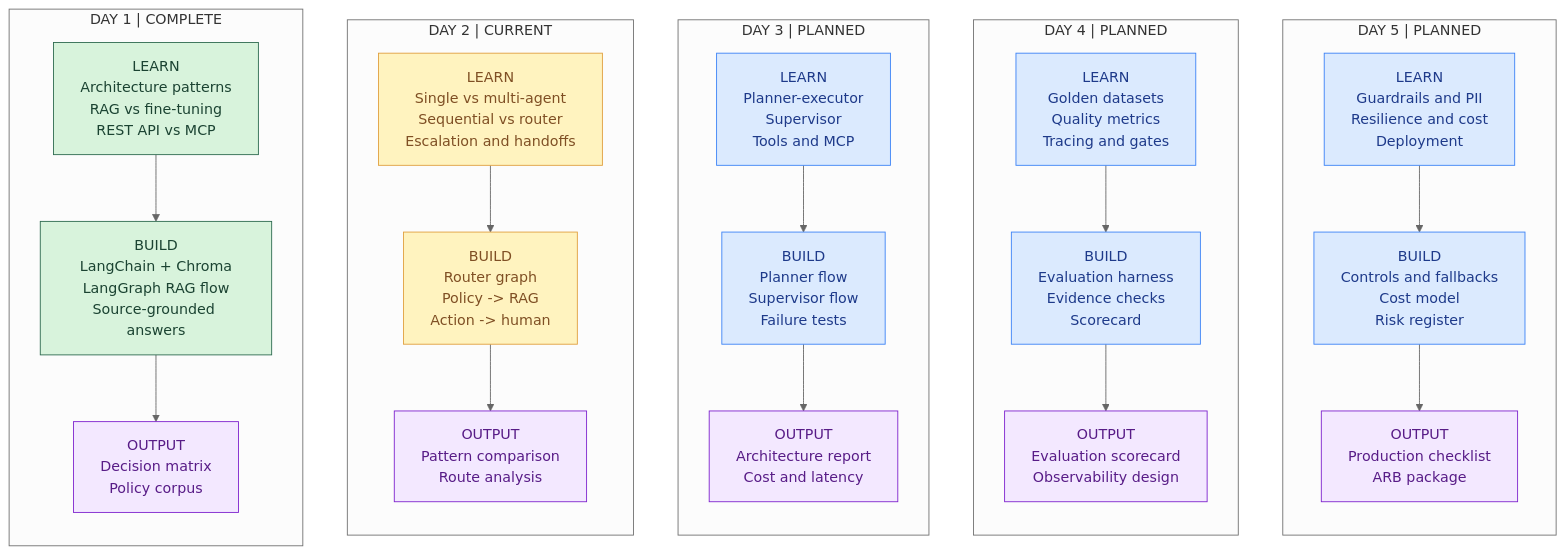
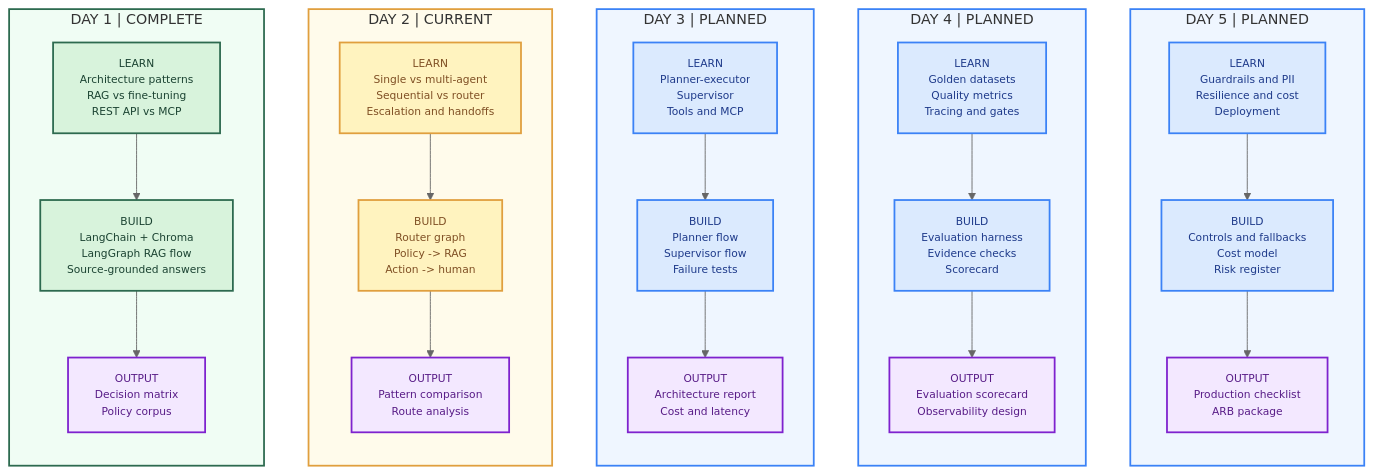
Before and after one commit to rakeshmatha/advanced-agentic-ai: the diagram in README.md, drawn with Mermaid (neutral theme). The commit also changed other lines of this file, not shown here.

Commit message:
Enhance learning matrix visual quality

````diff
--- a/README.md
+++ b/README.md
@@ -39,34 +39,39 @@
 ```mermaid
 flowchart LR
     subgraph DAY1["DAY 1 | COMPLETE"]
         direction TB
         D1T["LEARN\nArchitecture patterns\nRAG vs fine-tuning\nREST API vs MCP"] --> D1B["BUILD\nLangChain + Chroma\nLangGraph RAG flow\nSource-grounded answers"] --> D1O["OUTPUT\nDecision matrix\nPolicy corpus"]
     end
     subgraph DAY2["DAY 2 | CURRENT"]
         direction TB
         D2T["LEARN\nSingle vs multi-agent\nSequential vs router\nEscalation and handoffs"] --> D2B["BUILD\nRouter graph\nPolicy -> RAG\nAction -> human"] --> D2O["OUTPUT\nPattern comparison\nRoute analysis"]
     end
     subgraph DAY3["DAY 3 | PLANNED"]
         direction TB
         D3T["LEARN\nPlanner-executor\nSupervisor\nTools and MCP"] --> D3B["BUILD\nPlanner flow\nSupervisor flow\nFailure tests"] --> D3O["OUTPUT\nArchitecture report\nCost and latency"]
     end
     subgraph DAY4["DAY 4 | PLANNED"]
         direction TB
         D4T["LEARN\nGolden datasets\nQuality metrics\nTracing and gates"] --> D4B["BUILD\nEvaluation harness\nEvidence checks\nScorecard"] --> D4O["OUTPUT\nEvaluation scorecard\nObservability design"]
     end
     subgraph DAY5["DAY 5 | PLANNED"]
         direction TB
         D5T["LEARN\nGuardrails and PII\nResilience and cost\nDeployment"] --> D5B["BUILD\nControls and fallbacks\nCost model\nRisk register"] --> D5O["OUTPUT\nProduction checklist\nARB package"]
     end
 
     DAY1 ~~~ DAY2 ~~~ DAY3 ~~~ DAY4 ~~~ DAY5
 
-    classDef complete fill:#d8f3dc,stroke:#2d6a4f,color:#1b4332
-    classDef current fill:#fff3bf,stroke:#e09f3e,color:#7f4f24
-    classDef planned fill:#dbeafe,stroke:#3b82f6,color:#1e3a8a
-    classDef deliverable fill:#f3e8ff,stroke:#7e22ce,color:#581c87
+    classDef complete fill:#d8f3dc,stroke:#2d6a4f,color:#1b4332,stroke-width:2px,font-size:12px
+    classDef current fill:#fff3bf,stroke:#e09f3e,color:#7f4f24,stroke-width:2px,font-size:12px
+    classDef planned fill:#dbeafe,stroke:#3b82f6,color:#1e3a8a,stroke-width:2px,font-size:12px
+    classDef deliverable fill:#f3e8ff,stroke:#7e22ce,color:#581c87,stroke-width:2px,font-size:12px
     class D1T,D1B complete
     class D1O,D2O,D3O,D4O,D5O deliverable
     class D2T,D2B current
     class D3T,D3B,D4T,D4B,D5T,D5B planned
+    style DAY1 fill:#f0fdf4,stroke:#2d6a4f,stroke-width:2px
+    style DAY2 fill:#fffbeb,stroke:#e09f3e,stroke-width:2px
+    style DAY3 fill:#eff6ff,stroke:#3b82f6,stroke-width:2px
+    style DAY4 fill:#eff6ff,stroke:#3b82f6,stroke-width:2px
+    style DAY5 fill:#eff6ff,stroke:#3b82f6,stroke-width:2px
 ```
````
